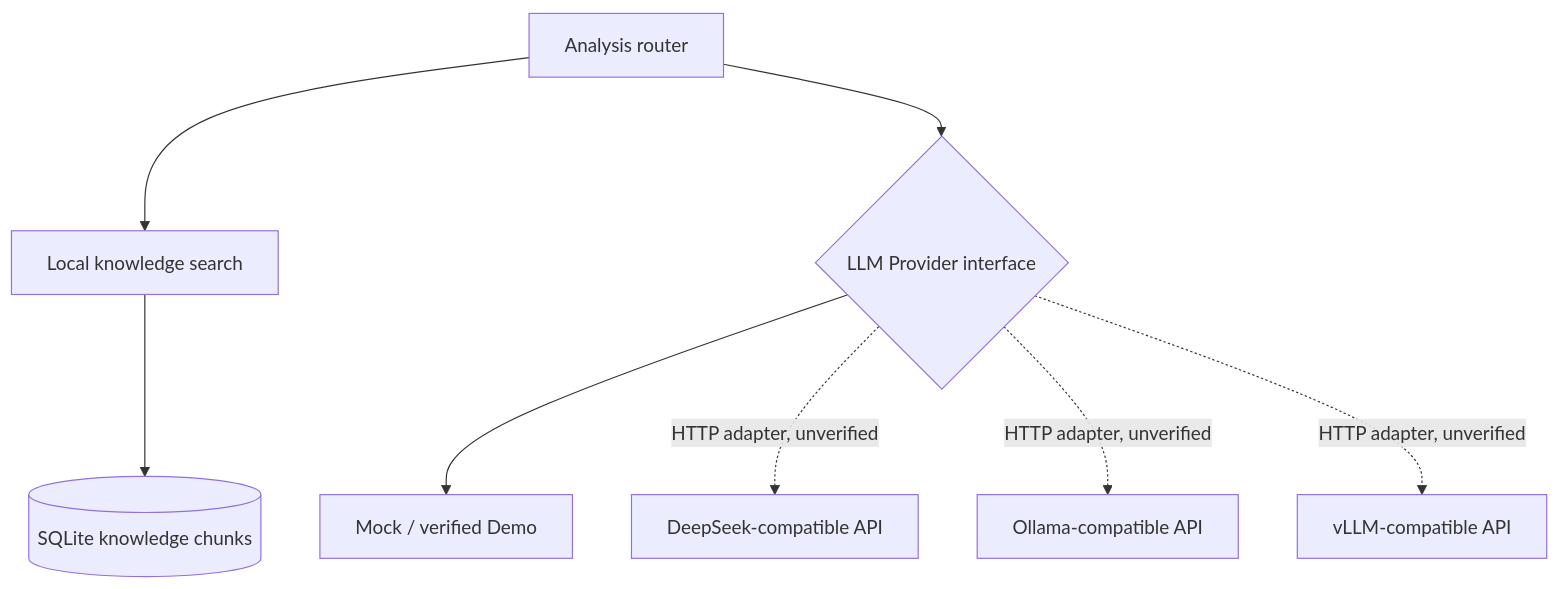
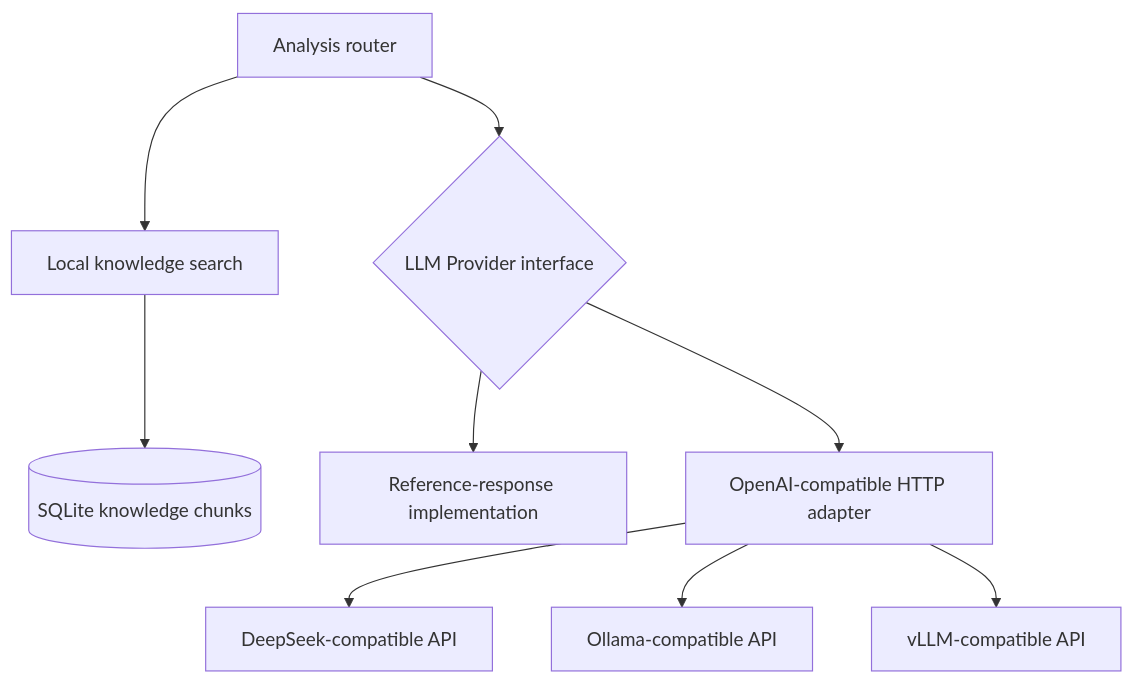
The second of 3 diagrams in docs/architecture.md (Kailovek/ai-hospital-operations-platform), drawn with Mermaid before and after one commit. The commit also changed other lines of this file and 10 other files, not shown here.

Commit message:
docs: focus publication narrative on architecture and implementation

````diff
--- a/docs/architecture.md
+++ b/docs/architecture.md
@@ -21,10 +21,11 @@
 ```mermaid
 flowchart TB
     API[Analysis router] --> Search[Local knowledge search]
     Search --> SQL[(SQLite knowledge chunks)]
     API --> Provider{LLM Provider interface}
-    Provider --> Mock[Mock / verified Demo]
-    Provider -. HTTP adapter, unverified .-> DeepSeek[DeepSeek-compatible API]
-    Provider -. HTTP adapter, unverified .-> Ollama[Ollama-compatible API]
-    Provider -. HTTP adapter, unverified .-> vLLM[vLLM-compatible API]
+    Provider --> Reference[Reference-response implementation]
+    Provider --> HTTP[OpenAI-compatible HTTP adapter]
+    HTTP --> DeepSeek[DeepSeek-compatible API]
+    HTTP --> Ollama[Ollama-compatible API]
+    HTTP --> vLLM[vLLM-compatible API]
 ```
````
